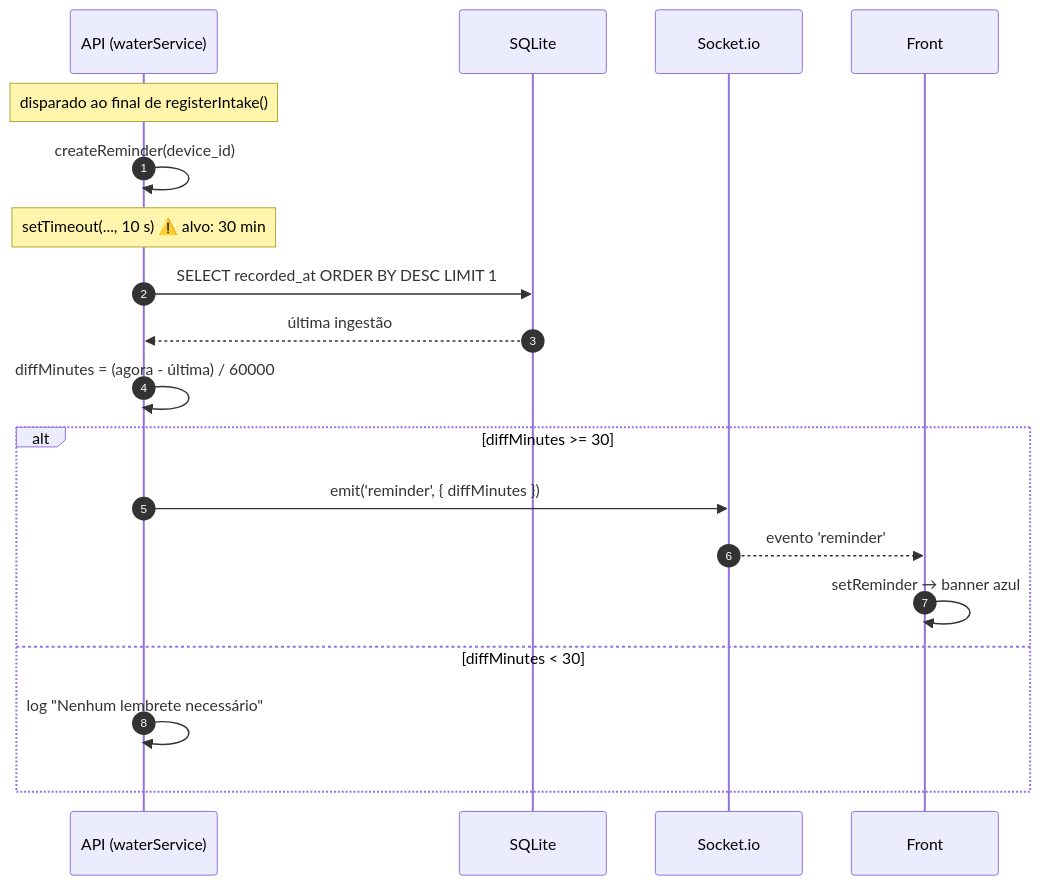
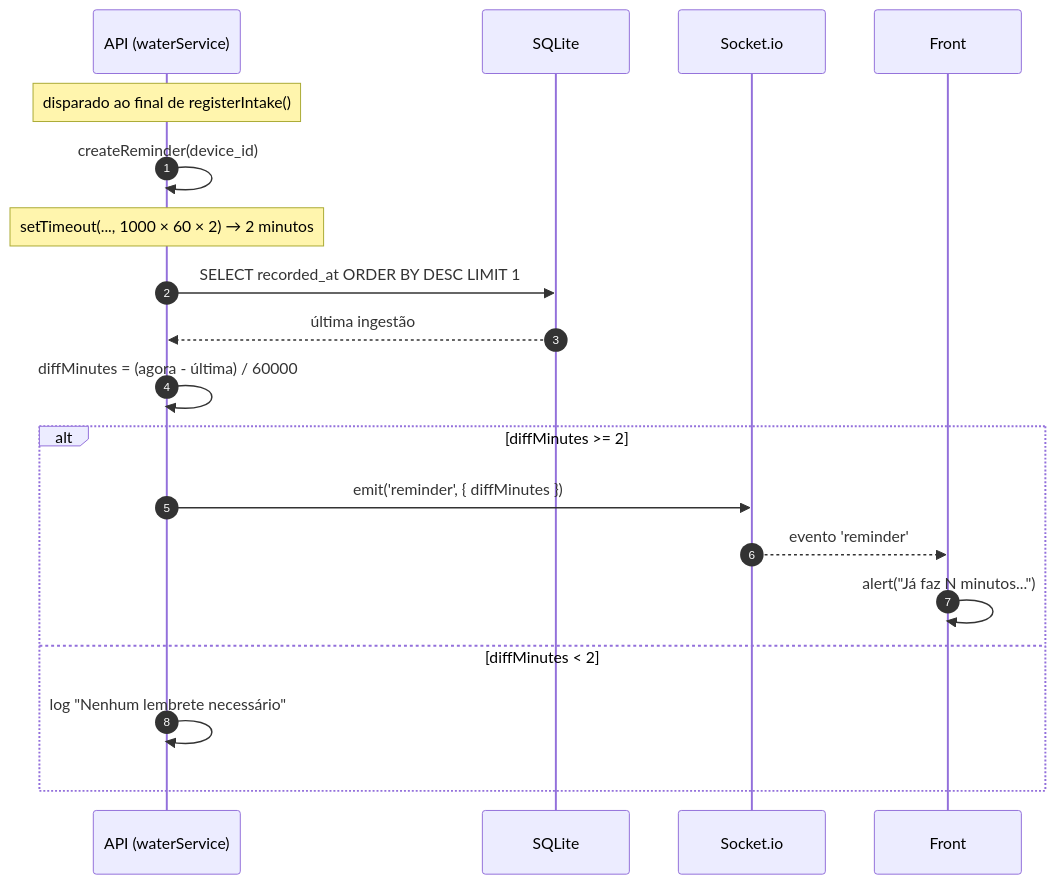
One commit to stoneparker/cfa-water-intake changed the seventh of 9 diagrams in README.md. Above: the diagram before and after it, drawn with Mermaid. The commit also changed other lines of this file, not shown here.

````diff
--- a/README.md
+++ b/README.md
@@ -418,22 +817,22 @@
 ```mermaid
 sequenceDiagram
     autonumber
     participant A as API (waterService)
     participant D as SQLite
     participant WS as Socket.io
     participant F as Front
 
     Note over A: disparado ao final de registerIntake()
     A->>A: createReminder(device_id)
-    Note over A: setTimeout(..., 10 s) ⚠️ alvo: 30 min
+    Note over A: setTimeout(..., 1000 × 60 × 2) → 2 minutos
     A->>D: SELECT recorded_at ORDER BY DESC LIMIT 1
     D-->>A: última ingestão
     A->>A: diffMinutes = (agora - última) / 60000
-    alt diffMinutes >= 30
+    alt diffMinutes >= 2
         A->>WS: emit('reminder', { diffMinutes })
         WS-->>F: evento 'reminder'
-        F->>F: setReminder → banner azul
-    else diffMinutes < 30
+        F->>F: alert("Já faz N minutos...")
+    else diffMinutes < 2
         A->>A: log "Nenhum lembrete necessário"
     end
 ```
````
